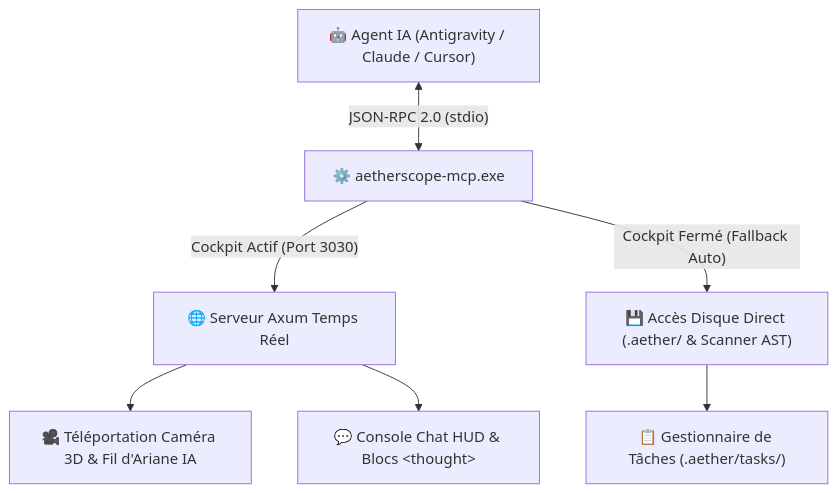
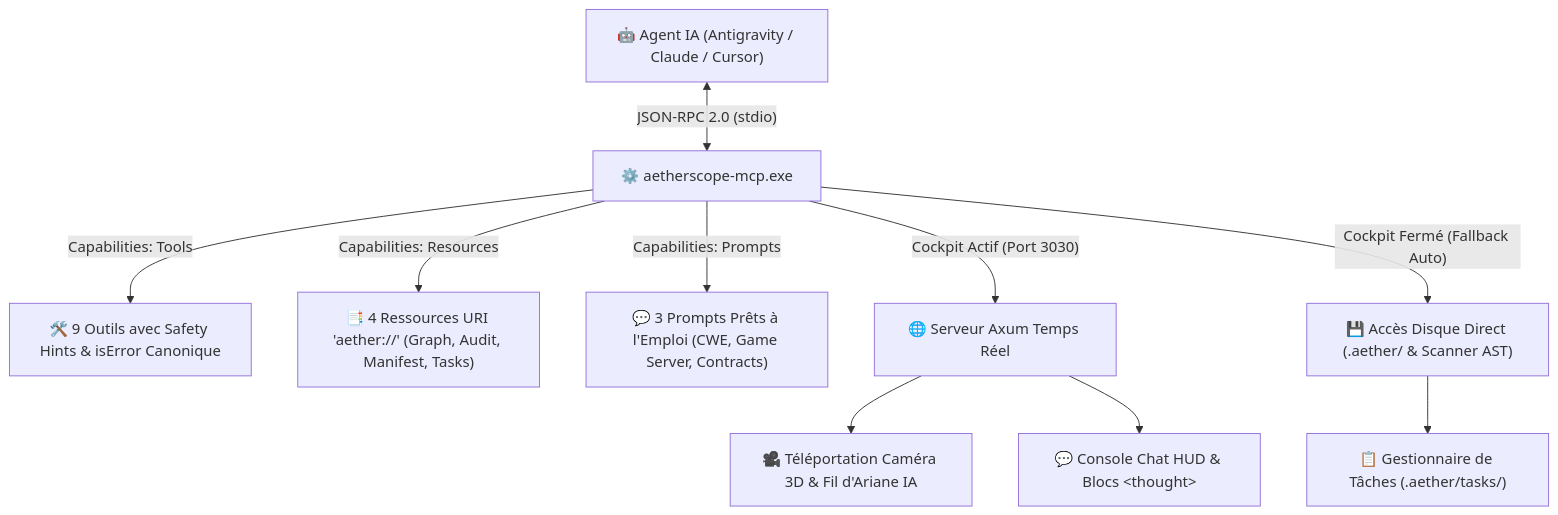
Before and after one commit to maxxwwim/AetherSAST-150-CWE-MCP: the diagram in README.md, drawn with Mermaid. The commit also changed other lines of this file and 6 other files, not shown here.

Commit message:
feat(mcp): implement resources, prompts, canonical isError and smithery spec for M8ven 100/100 score

````diff
--- a/README.md
+++ b/README.md
@@ -637,9 +637,12 @@
 ```mermaid
 flowchart TD
     AI["🤖 Agent IA (Antigravity / Claude / Cursor)"] <-->|"JSON-RPC 2.0 (stdio)"| MCP["⚙️ aetherscope-mcp.exe"]
+    MCP -->|"Capabilities: Tools"| TOOLS["🛠️ 9 Outils avec Safety Hints & isError Canonique"]
+    MCP -->|"Capabilities: Resources"| RES["📑 4 Ressources URI 'aether://' (Graph, Audit, Manifest, Tasks)"]
+    MCP -->|"Capabilities: Prompts"| PROMPTS["💬 3 Prompts Prêts à l'Emploi (CWE, Game Server, Contracts)"]
     MCP -->|"Cockpit Actif (Port 3030)"| LIVE["🌐 Serveur Axum Temps Réel"]
     MCP -->|"Cockpit Fermé (Fallback Auto)"| DISK["💾 Accès Disque Direct (.aether/ & Scanner AST)"]
     LIVE --> CAM["🎥 Téléportation Caméra 3D & Fil d'Ariane IA"]
     LIVE --> CHAT["💬 Console Chat HUD & Blocs &lt;thought&gt;"]
     DISK --> TASKS["📋 Gestionnaire de Tâches (.aether/tasks/)"]
 ```
````
